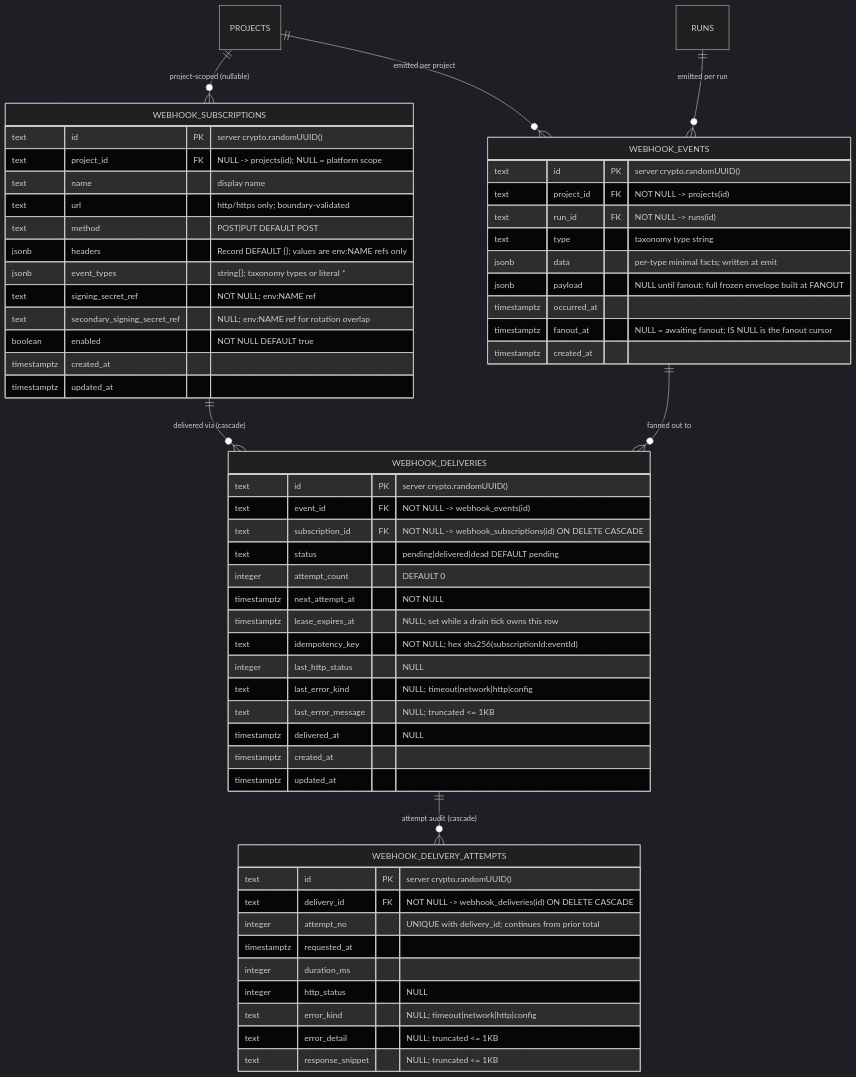
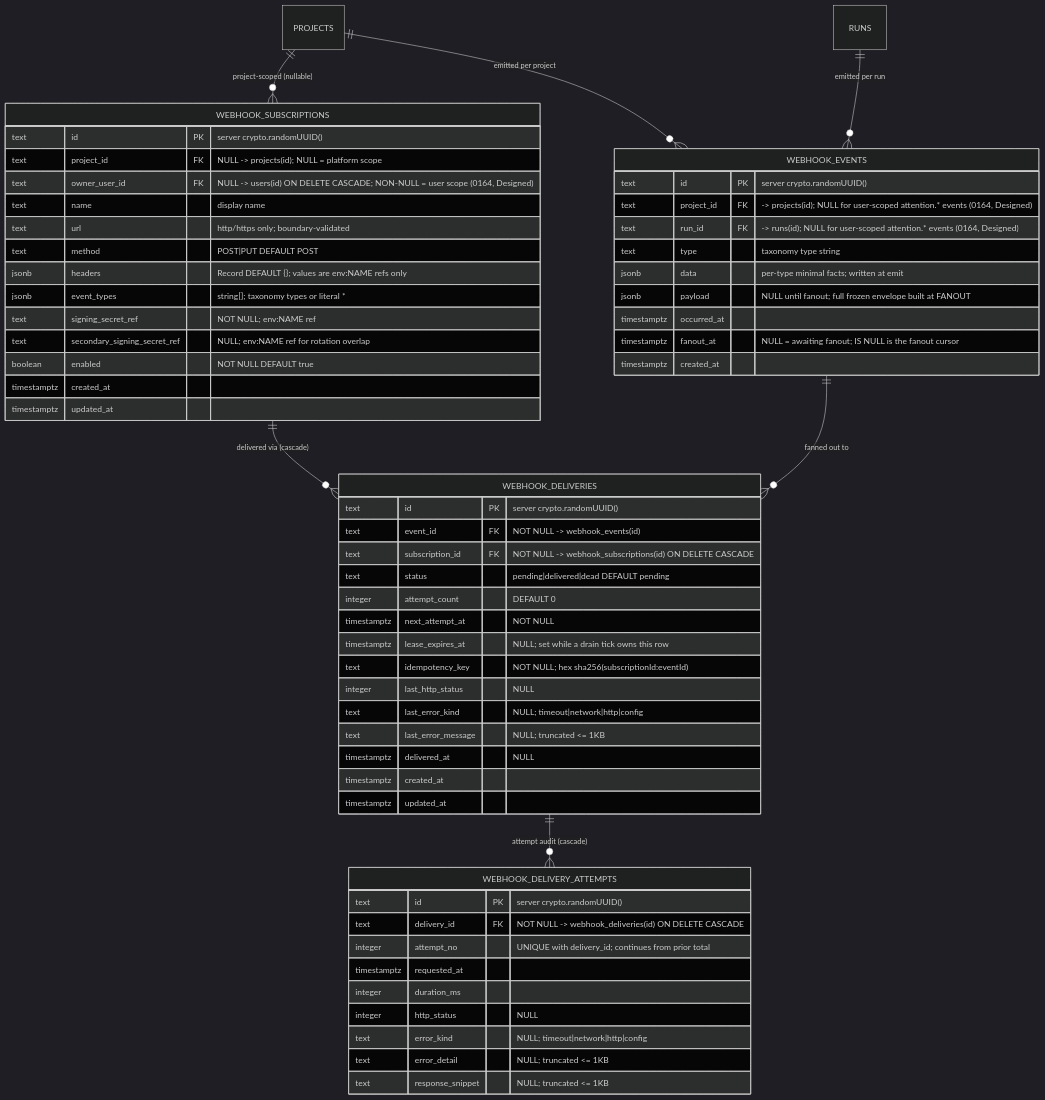
One commit to maister-dev/maister changed the diagram in docs/db/webhooks.md. Above: the diagram before and after it, drawn with Mermaid (dark theme). The commit also changed other lines of this file and 33 other files, not shown here.

````diff
--- a/docs/db/webhooks.md
+++ b/docs/db/webhooks.md
@@ -16,65 +30,66 @@
 ```mermaid
 erDiagram
     PROJECTS ||--o{ WEBHOOK_SUBSCRIPTIONS : "project-scoped (nullable)"
     PROJECTS ||--o{ WEBHOOK_EVENTS : "emitted per project"
     RUNS ||--o{ WEBHOOK_EVENTS : "emitted per run"
     WEBHOOK_EVENTS ||--o{ WEBHOOK_DELIVERIES : "fanned out to"
     WEBHOOK_SUBSCRIPTIONS ||--o{ WEBHOOK_DELIVERIES : "delivered via (cascade)"
     WEBHOOK_DELIVERIES ||--o{ WEBHOOK_DELIVERY_ATTEMPTS : "attempt audit (cascade)"
 
     WEBHOOK_SUBSCRIPTIONS {
         text id PK "server crypto.randomUUID()"
         text project_id FK "NULL -> projects(id); NULL = platform scope"
+        text owner_user_id FK "NULL -> users(id) ON DELETE CASCADE; NON-NULL = user scope (0164, Designed)"
         text name "display name"
         text url "http/https only; boundary-validated"
         text method "POST|PUT DEFAULT POST"
         jsonb headers "Record<string,string> DEFAULT {}; values are env:NAME refs only"
         jsonb event_types "string[]; taxonomy types or literal *"
         text signing_secret_ref "NOT NULL; env:NAME ref"
         text secondary_signing_secret_ref "NULL; env:NAME ref for rotation overlap"
         boolean enabled "NOT NULL DEFAULT true"
         timestamptz created_at
         timestamptz updated_at
     }
 
     WEBHOOK_EVENTS {
         text id PK "server crypto.randomUUID()"
-        text project_id FK "NOT NULL -> projects(id)"
-        text run_id FK "NOT NULL -> runs(id)"
+        text project_id FK "-> projects(id); NULL for user-scoped attention.* events (0164, Designed)"
+        text run_id FK "-> runs(id); NULL for user-scoped attention.* events (0164, Designed)"
         text type "taxonomy type string"
         jsonb data "per-type minimal facts; written at emit"
         jsonb payload "NULL until fanout; full frozen envelope built at FANOUT"
         timestamptz occurred_at
         timestamptz fanout_at "NULL = awaiting fanout; IS NULL is the fanout cursor"
         timestamptz created_at
     }
 
     WEBHOOK_DELIVERIES {
         text id PK "server crypto.randomUUID()"
         text event_id FK "NOT NULL -> webhook_events(id)"
         text subscription_id FK "NOT NULL -> webhook_subscriptions(id) ON DELETE CASCADE"
         text status "pending|delivered|dead DEFAULT pending"
         integer attempt_count "DEFAULT 0"
         timestamptz next_attempt_at "NOT NULL"
         timestamptz lease_expires_at "NULL; set while a drain tick owns this row"
         text idempotency_key "NOT NULL; hex sha256(subscriptionId:eventId)"
         integer last_http_status "NULL"
         text last_error_kind "NULL; timeout|network|http|config"
         text last_error_message "NULL; truncated <= 1KB"
         timestamptz delivered_at "NULL"
         timestamptz created_at
         timestamptz updated_at
     }
 
     WEBHOOK_DELIVERY_ATTEMPTS {
         text id PK "server crypto.randomUUID()"
         text delivery_id FK "NOT NULL -> webhook_deliveries(id) ON DELETE CASCADE"
         integer attempt_no "UNIQUE with delivery_id; continues from prior total"
         timestamptz requested_at
         integer duration_ms
         integer http_status "NULL"
         text error_kind "NULL; timeout|network|http|config"
         text error_detail "NULL; truncated <= 1KB"
         text response_snippet "NULL; truncated <= 1KB"
     }
 ```
````
